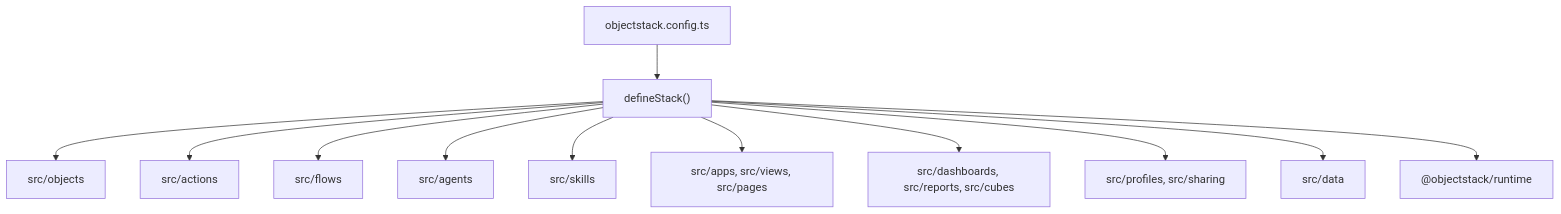
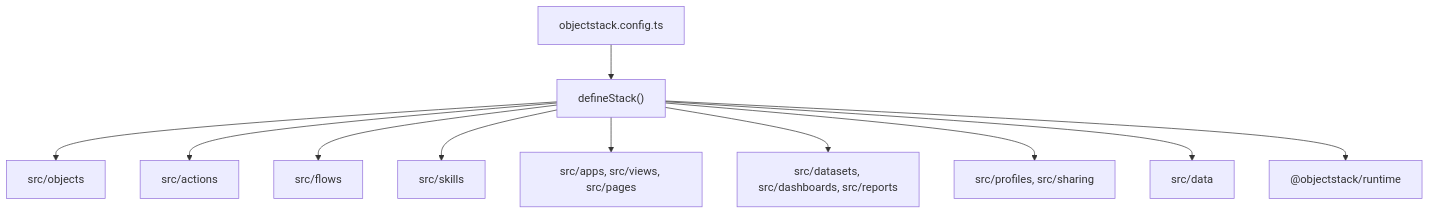
The diagram in docs/ARCHITECTURE.md (objectstack-ai/hotcrm), drawn with Mermaid before and after one commit. The commit also changed other lines of this file and 44 other files, not shown here.

````diff
--- a/docs/ARCHITECTURE.md
+++ b/docs/ARCHITECTURE.md
@@ -9,14 +9,13 @@
 ```mermaid
 flowchart TD
   Config["objectstack.config.ts"] --> Stack["defineStack()"]
   Stack --> Objects["src/objects"]
   Stack --> Actions["src/actions"]
   Stack --> Flows["src/flows"]
-  Stack --> Agents["src/agents"]
   Stack --> Skills["src/skills"]
   Stack --> UI["src/apps, src/views, src/pages"]
-  Stack --> Analytics["src/dashboards, src/reports, src/cubes"]
+  Stack --> Analytics["src/datasets, src/dashboards, src/reports"]
   Stack --> Security["src/profiles, src/sharing"]
   Stack --> Data["src/data"]
   Stack --> Runtime["@objectstack/runtime"]
 ```
````
